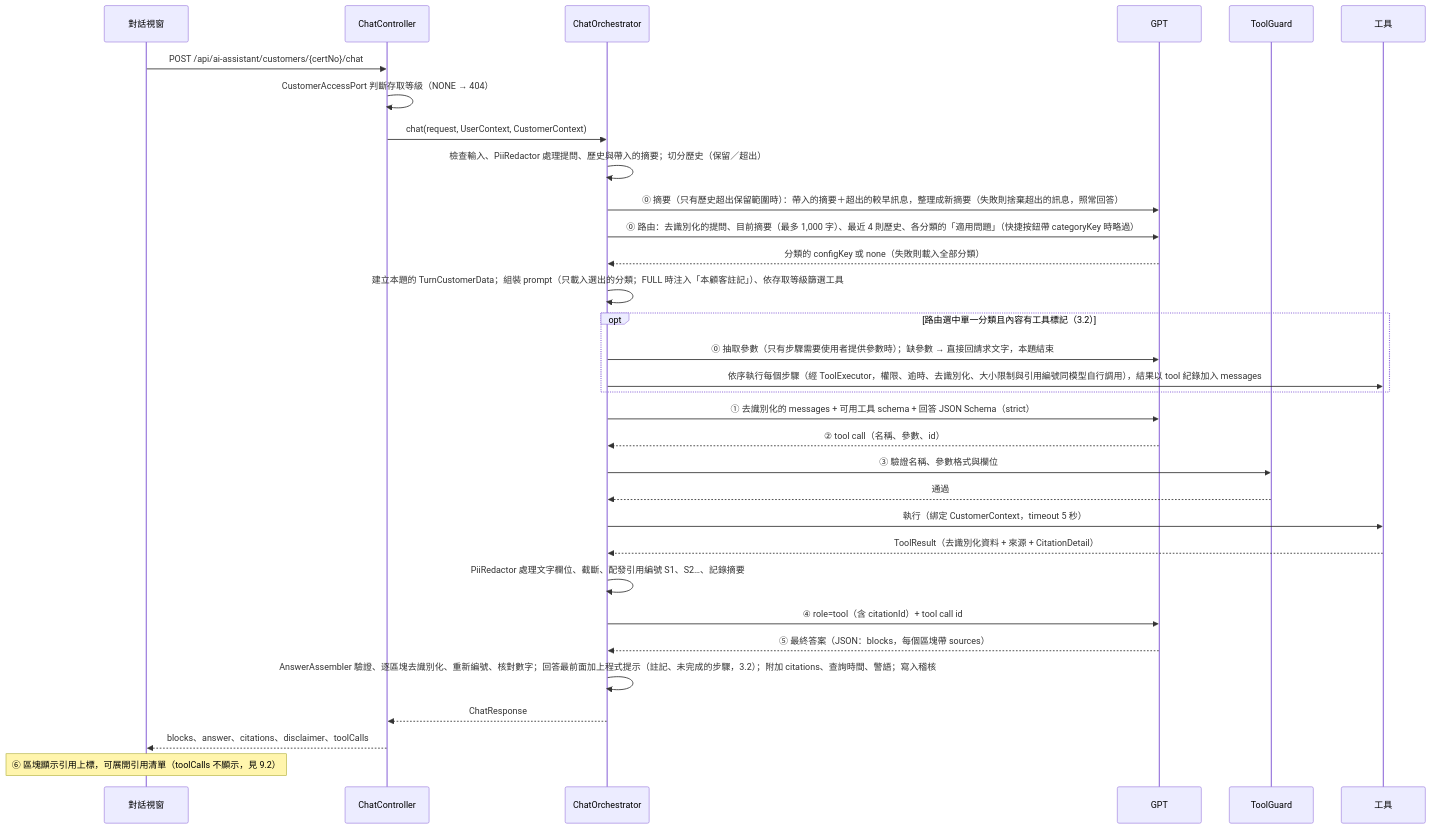
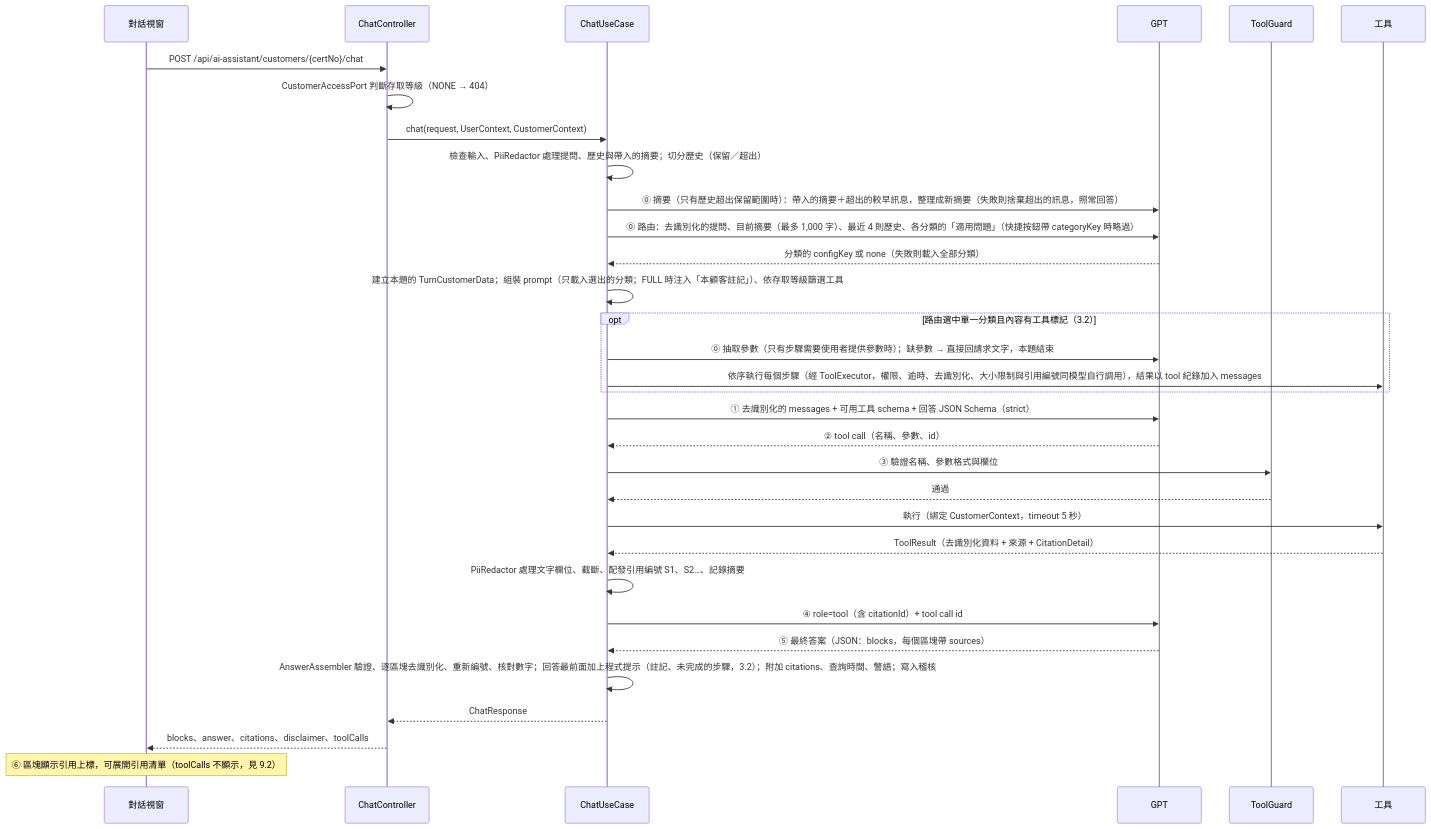
Before and after one commit to Rue1216/assistant-poc: the fifth of 11 diagrams in docs/spec/01-architecture.md, drawn with Mermaid. The commit also changed other lines of this file and 24 other files, not shown here.

Commit message:
refactor(interfaces): no try-catch or access checks in controllers; architecture rules and porting notes for §3-0

````diff
--- a/docs/spec/01-architecture.md
+++ b/docs/spec/01-architecture.md
@@ -199,35 +199,35 @@
 ```mermaid
 sequenceDiagram
   participant U as 對話視窗
   participant C as ChatController
-  participant O as ChatOrchestrator
+  participant O as ChatUseCase
   participant G as GPT
   participant TG as ToolGuard
   participant T as 工具
 
   U->>C: POST /api/ai-assistant/customers/{certNo}/chat
   C->>C: CustomerAccessPort 判斷存取等級（NONE → 404）
   C->>O: chat(request, UserContext, CustomerContext)
   O->>O: 檢查輸入、PiiRedactor 處理提問、歷史與帶入的摘要；切分歷史（保留／超出）
   O->>G: ⓪ 摘要（只有歷史超出保留範圍時）：帶入的摘要＋超出的較早訊息，整理成新摘要（失敗則捨棄超出的訊息，照常回答）
   O->>G: ⓪ 路由：去識別化的提問、目前摘要（最多 1,000 字）、最近 4 則歷史、各分類的「適用問題」（快捷按鈕帶 categoryKey 時略過）
   G-->>O: 分類的 configKey 或 none（失敗則載入全部分類）
   O->>O: 建立本題的 TurnCustomerData；組裝 prompt（只載入選出的分類；FULL 時注入「本顧客註記」）、依存取等級篩選工具
   opt 路由選中單一分類且內容有工具標記（3.2）
     O->>G: ⓪ 抽取參數（只有步驟需要使用者提供參數時）；缺參數 → 直接回請求文字，本題結束
     O->>T: 依序執行每個步驟（經 ToolExecutor，權限、逾時、去識別化、大小限制與引用編號同模型自行調用），結果以 tool 紀錄加入 messages
   end
   O->>G: ① 去識別化的 messages + 可用工具 schema + 回答 JSON Schema（strict）
   G-->>O: ② tool call（名稱、參數、id）
   O->>TG: ③ 驗證名稱、參數格式與欄位
   TG-->>O: 通過
   O->>T: 執行（綁定 CustomerContext，timeout 5 秒）
   T-->>O: ToolResult（去識別化資料 + 來源 + CitationDetail）
   O->>O: PiiRedactor 處理文字欄位、截斷、配發引用編號 S1、S2…、記錄摘要
   O->>G: ④ role=tool（含 citationId）+ tool call id
   G-->>O: ⑤ 最終答案（JSON：blocks，每個區塊帶 sources）
   O->>O: AnswerAssembler 驗證、逐區塊去識別化、重新編號、核對數字；回答最前面加上程式提示（註記、未完成的步驟，3.2）；附加 citations、查詢時間、警語；寫入稽核
   O-->>C: ChatResponse
   C-->>U: blocks、answer、citations、disclaimer、toolCalls
   Note over U: ⑥ 區塊顯示引用上標，可展開引用清單（toolCalls 不顯示，見 9.2）
 ```
````
